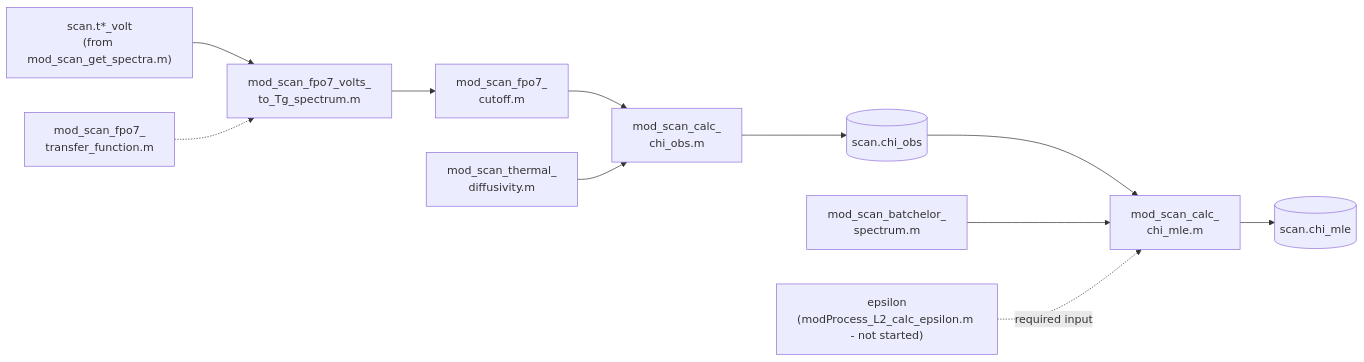
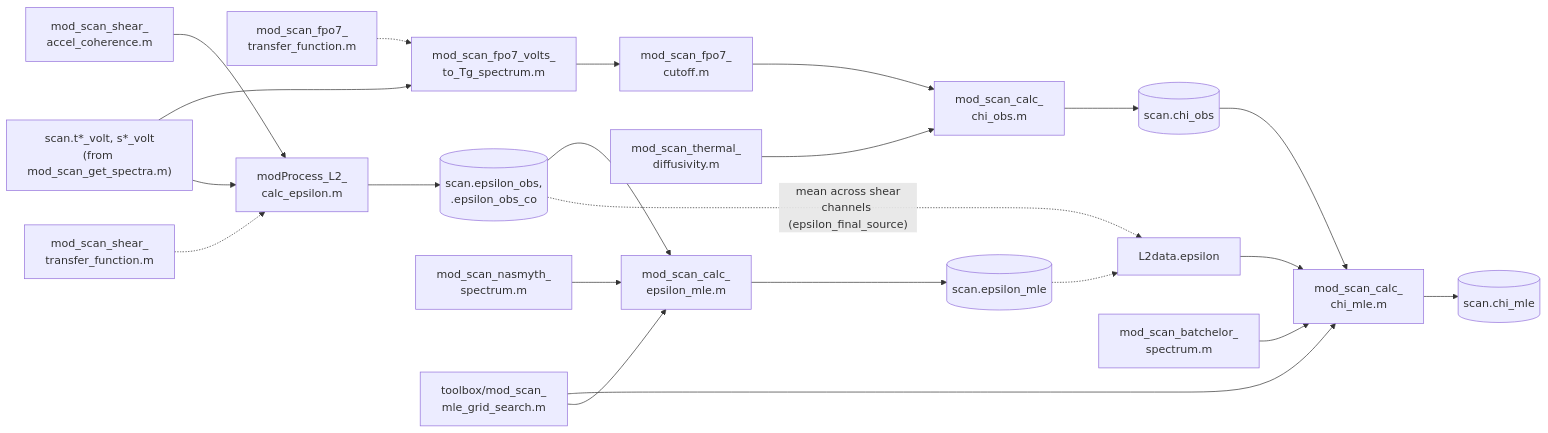
The fourth of 4 diagrams in docs/workflow/pipeline_overview.md (nicolecouto/MOD_fish_processing), drawn with Mermaid before and after one commit. The commit also changed other lines of this file and 17 other files, not shown here.

````diff
--- a/docs/workflow/pipeline_overview.md
+++ b/docs/workflow/pipeline_overview.md
@@ -164,14 +170,26 @@
 ```mermaid
 flowchart LR
-  SPECIN["scan.t*_volt<br/>(from mod_scan_get_spectra.m)"] --> TG["mod_scan_fpo7_volts_<br/>to_Tg_spectrum.m"]
+  SPECIN["scan.t*_volt, s*_volt<br/>(from mod_scan_get_spectra.m)"] --> TG["mod_scan_fpo7_volts_<br/>to_Tg_spectrum.m"]
   XFER["mod_scan_fpo7_<br/>transfer_function.m"] -.-> TG
   TG --> CUTOFF["mod_scan_fpo7_<br/>cutoff.m"]
   CUTOFF --> CHIOBS["mod_scan_calc_<br/>chi_obs.m"]
   KT["mod_scan_thermal_<br/>diffusivity.m"] --> CHIOBS
   CHIOBS --> CHIOBSOUT[("scan.chi_obs")]
 
-  CHIOBSOUT --> CHIMLE["mod_scan_calc_<br/>chi_mle.m"]
+  SPECIN --> EPSPROC["modProcess_L2_<br/>calc_epsilon.m"]
+  COH["mod_scan_shear_<br/>accel_coherence.m"] --> EPSPROC
+  SHXFER["mod_scan_shear_<br/>transfer_function.m"] -.-> EPSPROC
+  EPSPROC --> EPSOBS[("scan.epsilon_obs,<br/>.epsilon_obs_co")]
+  NASM["mod_scan_nasmyth_<br/>spectrum.m"] --> EPSMLE["mod_scan_calc_<br/>epsilon_mle.m"]
+  EPSOBS --> EPSMLE
+  EPSMLE --> EPSMLEOUT[("scan.epsilon_mle")]
+
+  EPSOBS -.->|"mean across shear<br/>channels (epsilon_final_source)"| EPSFINAL["L2data.epsilon"]
+  EPSMLEOUT -.-> EPSFINAL
+  EPSFINAL --> CHIMLE["mod_scan_calc_<br/>chi_mle.m"]
+  CHIOBSOUT --> CHIMLE
   BATCH["mod_scan_batchelor_<br/>spectrum.m"] --> CHIMLE
-  EPS["epsilon<br/>(modProcess_L2_calc_epsilon.m - not started)"] -.->|required input| CHIMLE
+  MLEGRID["toolbox/mod_scan_<br/>mle_grid_search.m"] --> CHIMLE
+  MLEGRID --> EPSMLE
   CHIMLE --> CHIMLEOUT[("scan.chi_mle")]
 ```
````
